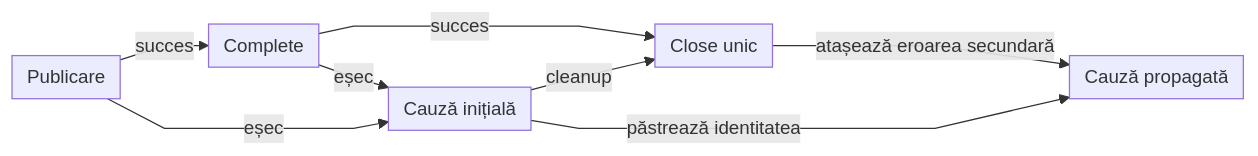
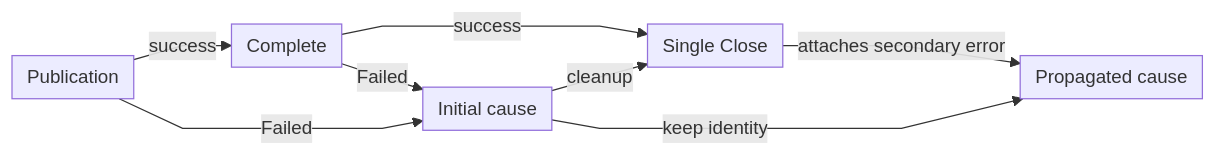
One commit to crististefanita/atf_j0 changed the third of 18 diagrams in atf-reporting/README.md. Above: the diagram before and after it, drawn with Mermaid. The commit also changed other lines of this file and 113 other files, not shown here.

````diff
--- a/atf-reporting/README.md
+++ b/atf-reporting/README.md
@@ -433,11 +383,11 @@
 ```mermaid
 %%{init: {"themeVariables":{"fontSize":"15px"},"themeCSS":".nodeLabel, .nodeLabel p { font-size: 15px !important; line-height: 1.35 !important; } .edgeLabel, .edgeLabel p { font-size: 12px !important; font-weight: 400 !important; line-height: 1.2 !important; } .edgeLabel .labelBkg, .edgeLabel p { background: transparent !important; } .edgeLabel foreignObject { transform: translateY(-18px); overflow: visible; } .node rect { rx: 6px; ry: 6px; }","flowchart":{"curve":"linear","nodeSpacing":24,"rankSpacing":24,"padding":6,"diagramPadding":20}}}%%
 flowchart LR
-    Body["Publicare"] -->|succes| Complete["Complete"]
-    Body -->|eșec| Primary["Cauză inițială"]
-    Complete -->|succes| Close["Close unic"]
-    Complete -->|eșec| Primary
+    Body["Publication"] -->|success| Complete["Complete"]
+    Body -->|Failed| Primary["Initial cause"]
+    Complete -->|success| Close["Single Close"]
+    Complete -->|Failed| Primary
     Primary -->|cleanup| Close
-    Close -->|atașează eroarea secundară| Result["Cauză propagată"]
-    Primary -->|păstrează identitatea| Result
+    Close -->|attaches secondary error| Result["Propagated cause"]
+    Primary -->|keep identity| Result
 ```
````
